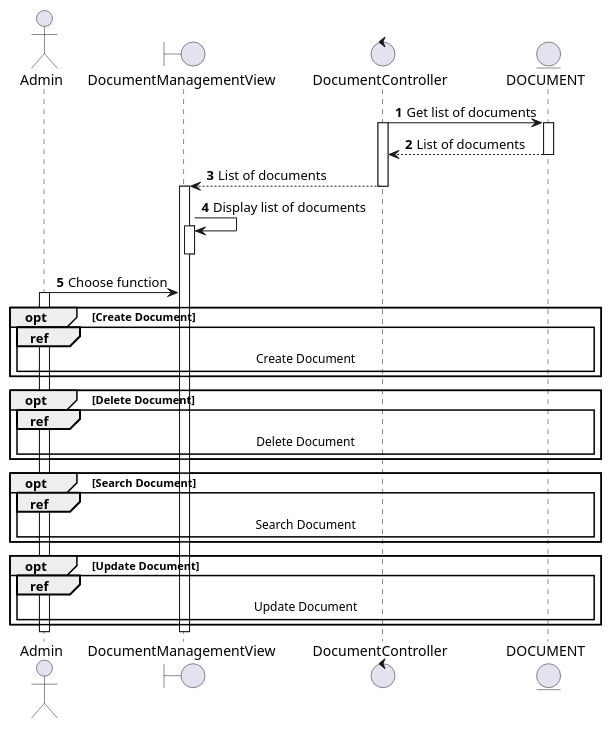
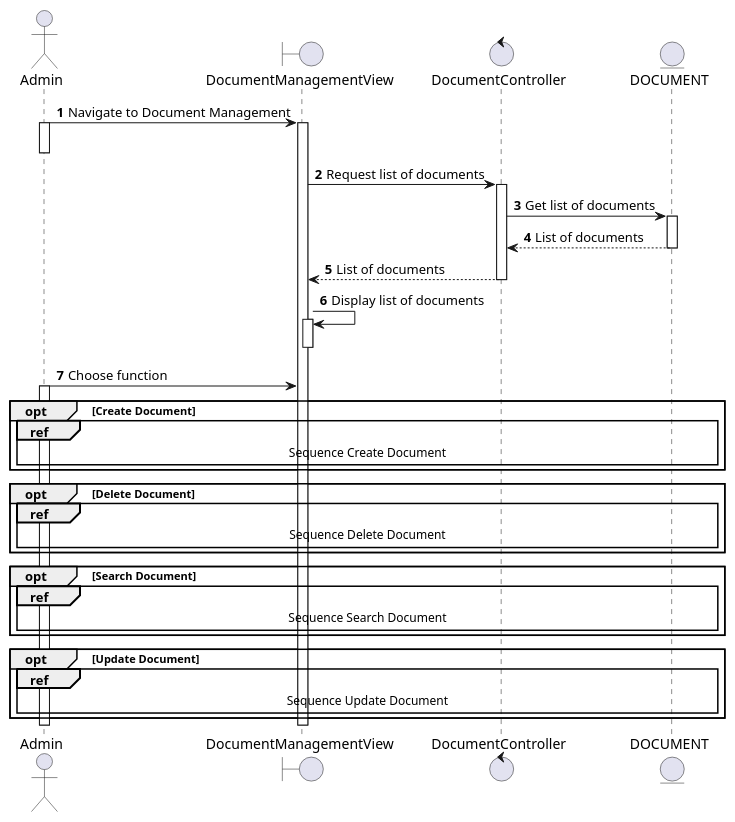
Before and after one commit to electricilies/electricilies.github.io: the diagram in docs/software-docs/sequence/adjust-document/adjust-document.md, drawn with PlantUML. The commit also changed 16 other files, not shown here.

Commit message:
refactor: sequence diagrams start from user side, and some minor

````diff
--- a/docs/software-docs/sequence/adjust-document/adjust-document.md
+++ b/docs/software-docs/sequence/adjust-document/adjust-document.md
@@ -3,45 +3,49 @@
 ```plantuml
 @startuml
 autonumber
 
 actor Admin as A
 boundary DocumentManagementView as DMV
 control DocumentController as DC
 entity DOCUMENT as D
 
+A -> DMV: Navigate to Document Management
+activate A
+activate DMV
+deactivate A
+DMV -> DC: Request list of documents
+activate DC
 DC -> D: Get list of documents
-activate DC
 activate D
 DC <-- D: List of documents
 deactivate D
 DMV <-- DC: List of documents
 deactivate DC
-activate DMV
 DMV -> DMV: Display list of documents
 activate DMV
 deactivate DMV
 
 A -> DMV: Choose function
 activate A
 
 opt Create Document
-  ref over A, D: Create Document
+  ref over A, D: Sequence Create Document
 end
 
 opt Delete Document
-  ref over A, D: Delete Document
+  ref over A, D: Sequence Delete Document
 end
 
 opt Search Document
-  ref over A, D: Search Document
+  ref over A, D: Sequence Search Document
 end
 
 opt Update Document
-  ref over A, D: Update Document
+  ref over A, D: Sequence Update Document
 end
 
 deactivate DMV
 deactivate A
 
 @enduml
 ```
````
